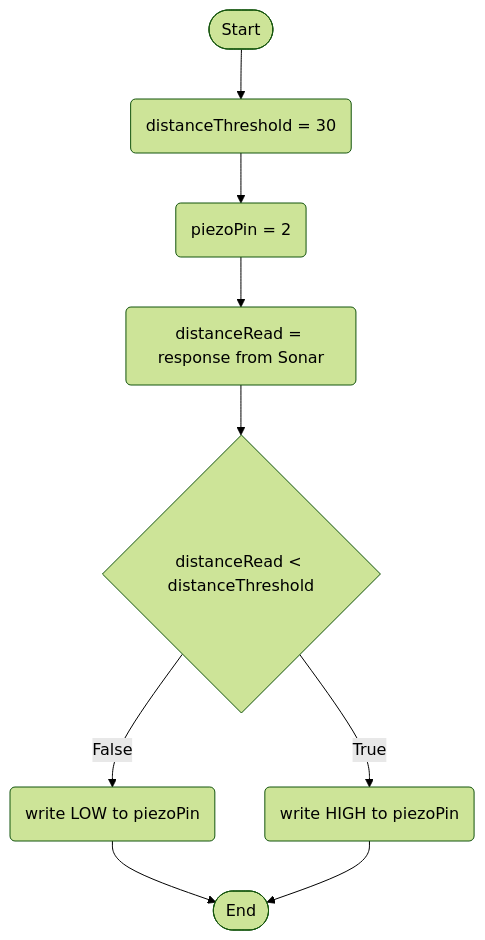
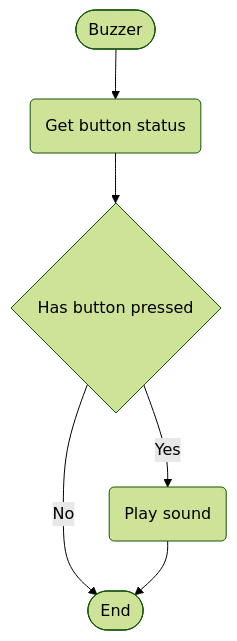
One commit to Glovania/Solar-Panel-SmartDevice changed the first of 2 diagrams in logic.md. Above: the diagram before and after it, drawn with Mermaid (forest theme). The commit also changed other lines of this file and 1 other file, not shown here.

Commit message:
Last initted file.

````diff
--- a/logic.md
+++ b/logic.md
@@ -7,22 +10,13 @@
 ```mermaid
 flowchart TD
-    terminalStart([Start])
-    %% Comment
-    terminalEnd([End])
-    thresholdSet(distanceThreshold = 30)
-    setPiezoPin(piezoPin = 2)
-    currentDistanceReading(distanceRead = response from Sonar)
-    activatePiezo(write HIGH to piezoPin)
-    deactivatePiezo(write LOW to piezoPin)
+    Start([Buzzer])
+    getButtonStatus(Get button status)
+    checkButton{Has button pressed}
+    soundBuzzer(Play sound)
+    finish([End])
 
-    ifDistanceLessThanThreshold{distanceRead < distanceThreshold}
-
-    terminalStart --> thresholdSet
-    thresholdSet --> setPiezoPin
-    setPiezoPin --> currentDistanceReading
-    currentDistanceReading --> ifDistanceLessThanThreshold
-    ifDistanceLessThanThreshold --> |True| activatePiezo
-    ifDistanceLessThanThreshold --> |False| deactivatePiezo
-    deactivatePiezo --> terminalEnd
-    activatePiezo --> terminalEnd
+    Start --> getButtonStatus --> checkButton
+    checkButton --> |Yes| soundBuzzer
+    checkButton --> |No| finish
+    soundBuzzer --> finish
 ```
````
